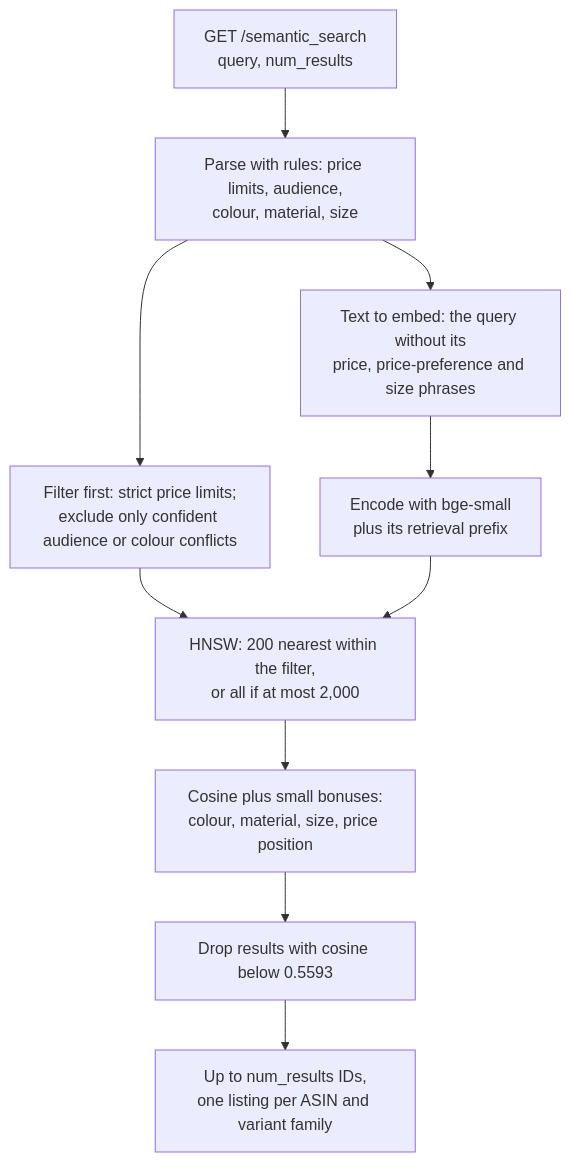
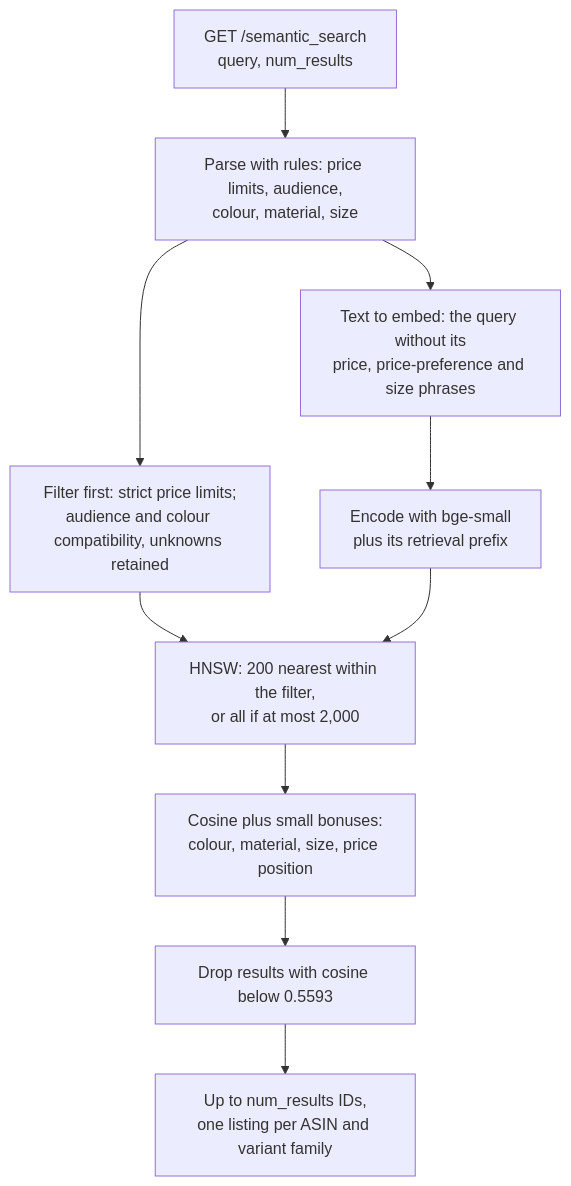
The third of 5 diagrams in solutions.md (FairosMirza/sap-cxii-tech-ex-01), drawn with Mermaid before and after one commit. The commit also changed other lines of this file and 5 other files, not shown here.

````diff
--- a/solutions.md
+++ b/solutions.md
@@ -78,12 +85,12 @@
 ```mermaid
 flowchart TD
     req["GET /semantic_search<br/>query, num_results"] --> parse["Parse with rules: price limits, audience,<br/>colour, material, size"]
-    parse --> filt["Filter first: strict price limits;<br/>exclude only confident audience or colour conflicts"]
+    parse --> filt["Filter first: strict price limits;<br/>audience and colour compatibility, unknowns retained"]
     parse --> text["Text to embed: the query without its<br/>price, price-preference and size phrases"]
     text --> enc["Encode with bge-small<br/>plus its retrieval prefix"]
     filt --> cand["HNSW: 200 nearest within the filter,<br/>or all if at most 2,000"]
     enc --> cand
     cand --> rank["Cosine plus small bonuses:<br/>colour, material, size, price position"]
     rank --> cut["Drop results with cosine below 0.5593"]
     cut --> out["Up to num_results IDs,<br/>one listing per ASIN and variant family"]
 ```
````
